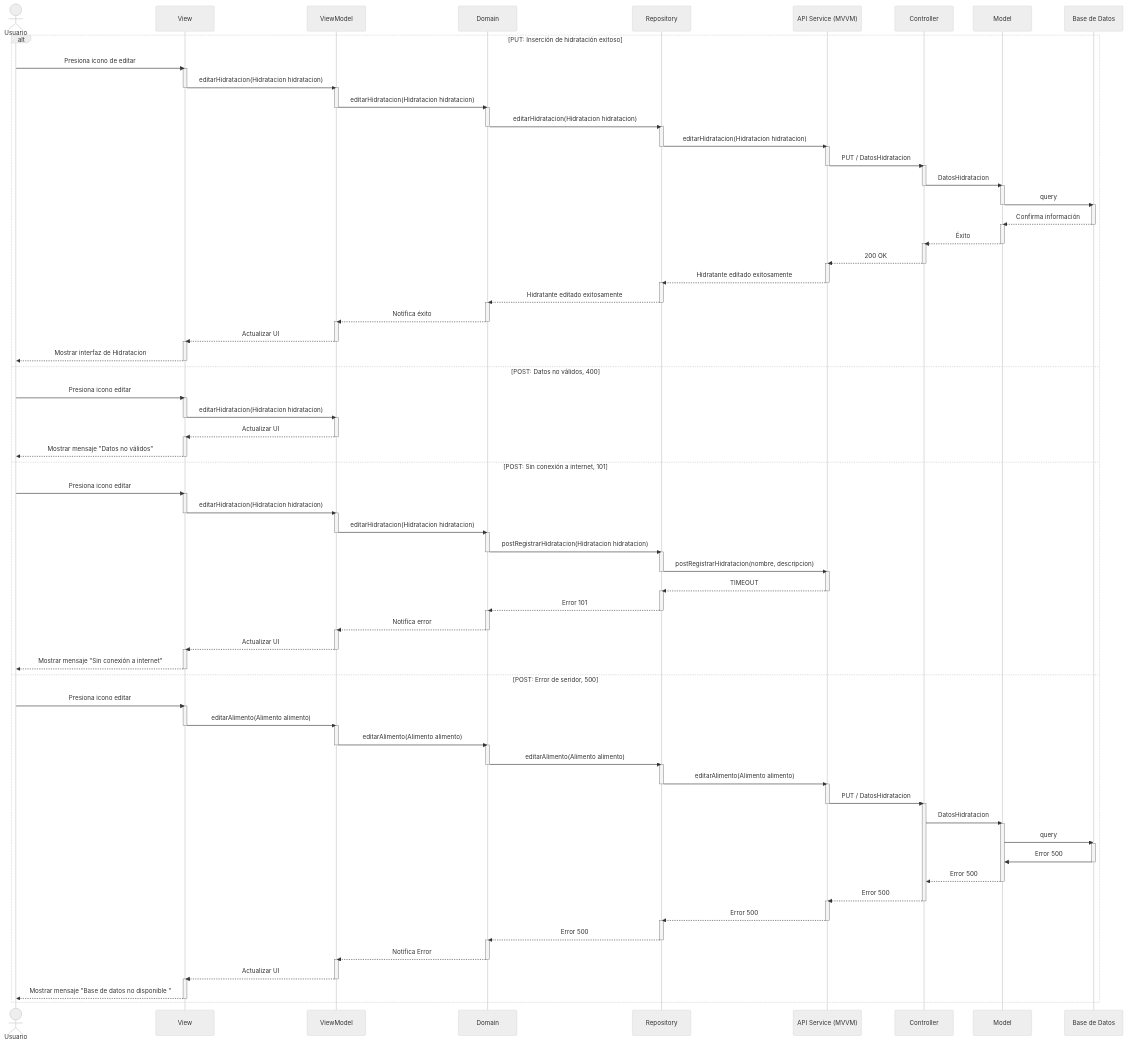
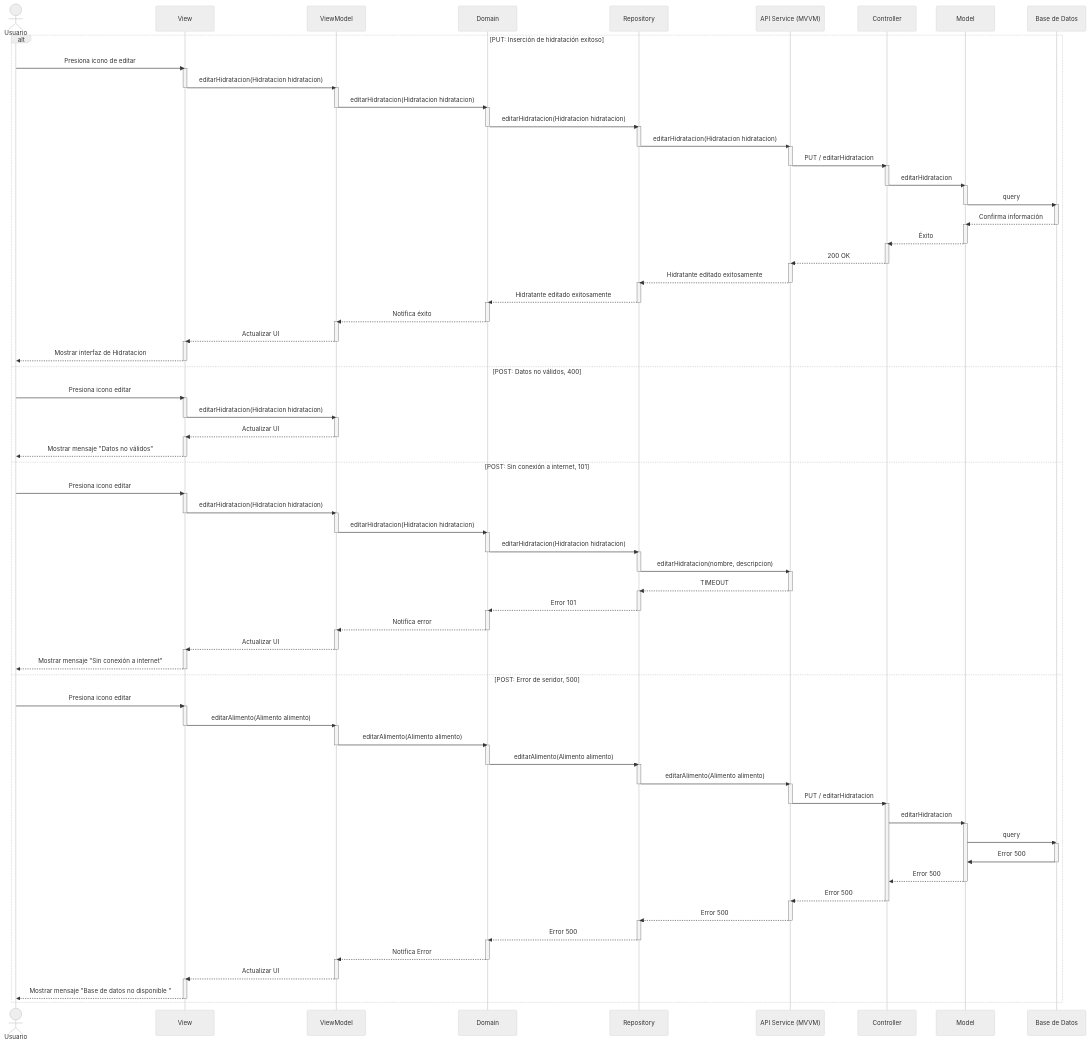
One commit to CodeAnd-Co/Documentacion changed the diagram in documentation/docs/proyectos/larvas/documentacion/requisitos/RF40.md. Above: the diagram before and after it, drawn with Mermaid (neutral theme). The commit also changed other lines of this file, not shown here.

Commit message:
Corregir criterios de aceptacion

```diff
--- a/documentation/docs/proyectos/larvas/documentacion/requisitos/RF40.md
+++ b/documentation/docs/proyectos/larvas/documentacion/requisitos/RF40.md
@@ -68,11 +68,11 @@
         deactivate Repository
         activate APIService
 
-        APIService->>Controller: PUT / DatosHidratacion
+        APIService->>Controller: PUT / editarHidratacion
         deactivate APIService
         activate Controller
 
-        Controller->>Model: DatosHidratacion
+        Controller->>Model: editarHidratacion
         deactivate Controller
         activate Model
 
@@ -139,11 +139,11 @@
         deactivate ViewModel
         activate Domain
 
-        Domain->>Repository: postRegistrarHidratacion(Hidratacion hidratacion)
+        Domain->>Repository: editarHidratacion(Hidratacion hidratacion)
         deactivate Domain
         activate Repository
 
-        Repository->>APIService: postRegistrarHidratacion(nombre, descripcion)
+        Repository->>APIService: editarHidratacion(nombre, descripcion)
         deactivate Repository
         activate APIService
 
@@ -186,11 +186,11 @@
         deactivate Repository
         activate APIService
 
-        APIService->>Controller: PUT / DatosHidratacion
+        APIService->>Controller: PUT / editarHidratacion
         deactivate APIService
         activate Controller
 
-        Controller->>Model: DatosHidratacion
+        Controller->>Model: editarHidratacion
         
         activate Model
 
```
